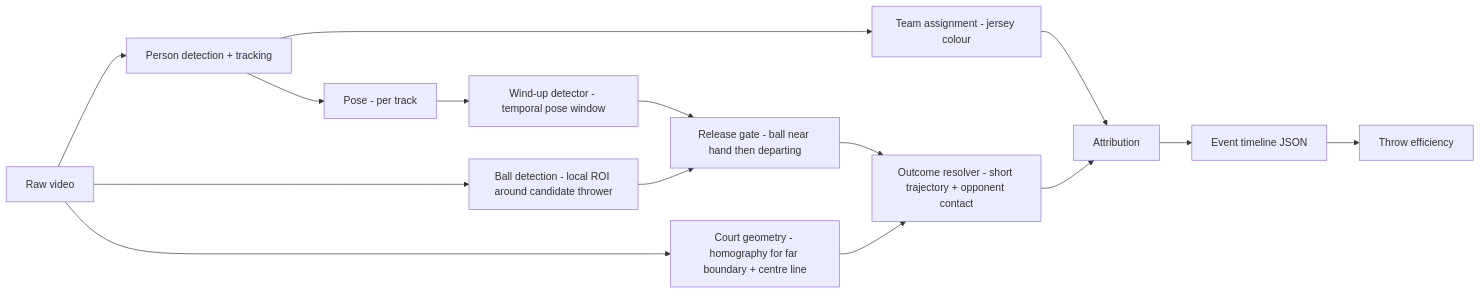
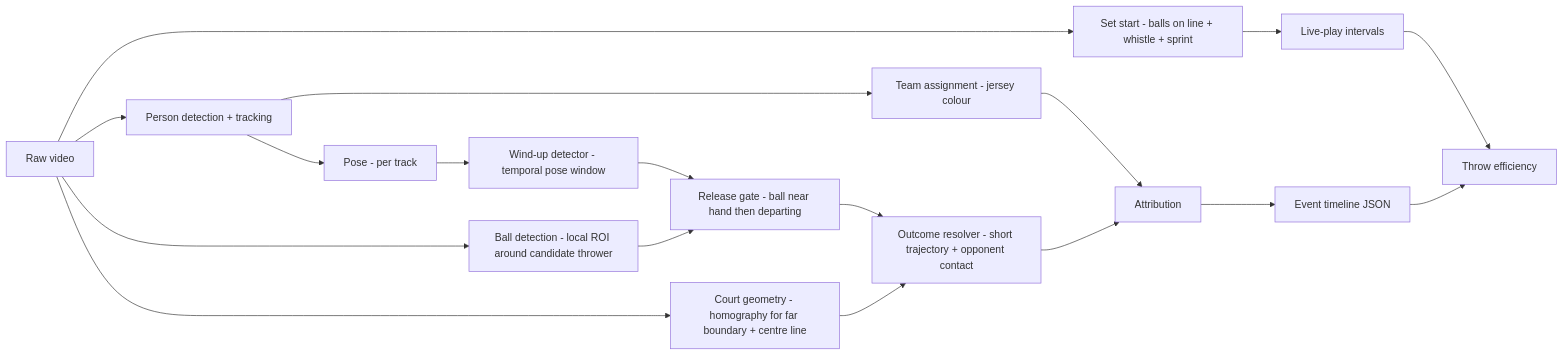
Before and after one commit to GTFerguson/dodgeball-cv-throw-detection: the diagram in docs/plans/throw-attempt-detection.md, drawn with Mermaid. The commit also changed other lines of this file and 7 other files, not shown here.

````diff
--- a/docs/plans/throw-attempt-detection.md
+++ b/docs/plans/throw-attempt-detection.md
@@ -171,17 +185,20 @@
 ```mermaid
 flowchart LR
+    V[Raw video] --> SS[Set start - balls on line + whistle + sprint]
+    SS --> LP[Live-play intervals]
     V[Raw video] --> D[Person detection + tracking]
     D --> T[Team assignment - jersey colour]
     D --> P[Pose - per track]
     P --> W[Wind-up detector - temporal pose window]
     W --> R[Release gate - ball near hand then departing]
     V --> B[Ball detection - local ROI around candidate thrower]
     B --> R
     R --> O[Outcome resolver - short trajectory + opponent contact]
     V --> H[Court geometry - homography for far boundary + centre line]
     H --> O
     T --> A[Attribution]
     O --> A
     A --> E[Event timeline JSON]
+    LP --> M
     E --> M[Throw efficiency]
 ```
````
